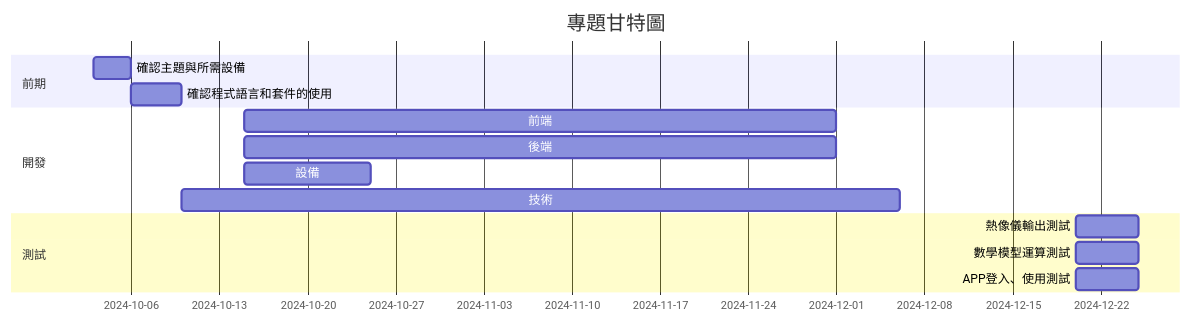
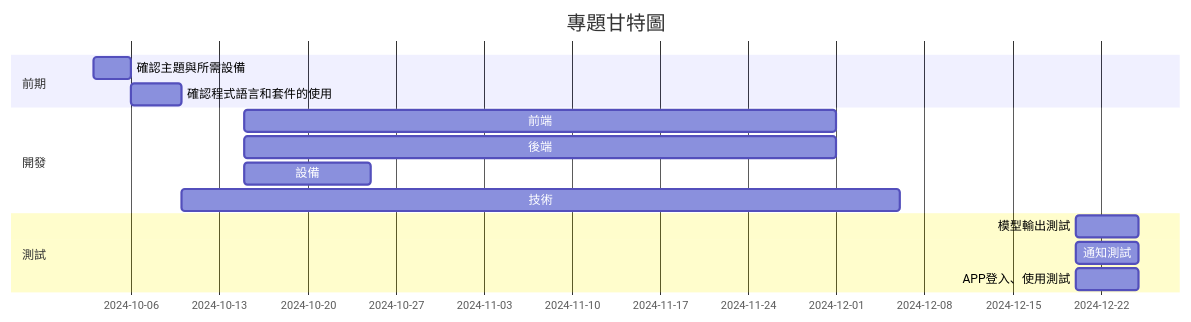
One commit to 023lu/- changed the first of 2 diagrams in hw2.md. Above: the diagram before and after it, drawn with Mermaid. The commit also changed other lines of this file, not shown here.

````diff
--- a/hw2.md
+++ b/hw2.md
@@ -1,19 +1,19 @@
 ```mermaid
 gantt
     title 專題甘特圖
     dateFormat  YYYY-MM-DD
     section 前期
     確認主題與所需設備  :a1, 2024-10-03, 3d
     確認程式語言和套件的使用  :a2, after a1, 4d
 
     section 開發
     前端: 用 .NET 撰寫 APP :b1, 2024-10-15, 47d
     後端: 資料庫建置  :b2, 2024-10-15, 47d
-    設備: 熱像儀設定使用 :b4, 2024-10-15, 10d
-    技術: 辨識衣服材質及數學運算解決溫差  :b3, 2024-10-10, 57d
+    設備: 訓練模型設定使用 :b4, 2024-10-15, 10d
+    技術: 各項模型辨識  :b3, 2024-10-10, 57d
 
     section 測試
-    熱像儀輸出測試  :c1, 2024-12-20, 5d
-    數學模型運算測試  :c2, 2024-12-20, 5d
+    模型輸出測試  :c1, 2024-12-20, 5d
+    通知測試  :c2, 2024-12-20, 5d
     APP登入、使用測試  :c3, 2024-12-20, 5d
 ```
````
